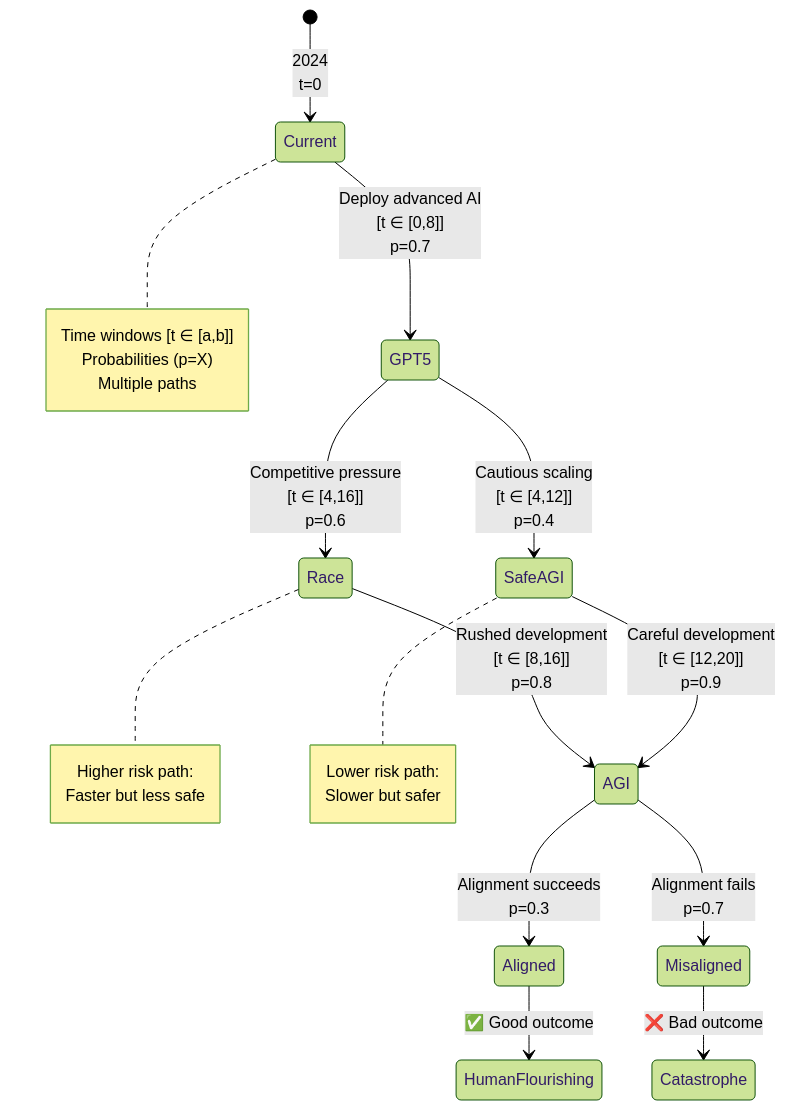
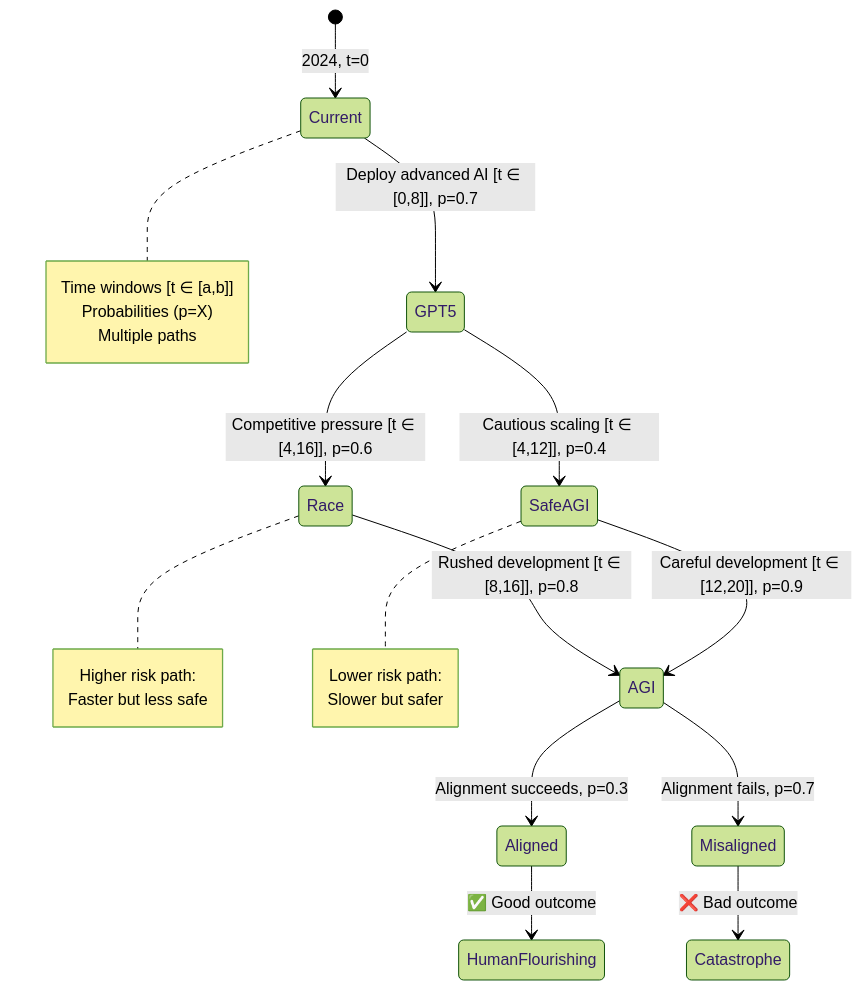
Before and after one commit to bhi5hmaraj/ai-risk-ttx: the ninth of 9 diagrams in research/ai_futures/eli/15_years_old.md, drawn with Mermaid (forest theme). The commit also changed other lines of this file and 8 other files, not shown here.

First line of the commit message:
fix: Remove all <br/> tags from Mermaid diagrams and add validation

````diff
--- a/research/ai_futures/eli/15_years_old.md
+++ b/research/ai_futures/eli/15_years_old.md
@@ -401,34 +401,34 @@
 ```mermaid
 stateDiagram-v2
-    [*] --> Current: 2024<br/>t=0
+    [*] --> Current: 2024, t=0
 
-    Current --> GPT5: Deploy advanced AI<br/>[t ∈ [0,8]]<br/>p=0.7
+    Current --> GPT5: Deploy advanced AI [t ∈ [0,8]], p=0.7
 
-    GPT5 --> SafeAGI: Cautious scaling<br/>[t ∈ [4,12]]<br/>p=0.4
-    GPT5 --> Race: Competitive pressure<br/>[t ∈ [4,16]]<br/>p=0.6
+    GPT5 --> SafeAGI: Cautious scaling [t ∈ [4,12]], p=0.4
+    GPT5 --> Race: Competitive pressure [t ∈ [4,16]], p=0.6
 
-    Race --> AGI: Rushed development<br/>[t ∈ [8,16]]<br/>p=0.8
-    SafeAGI --> AGI: Careful development<br/>[t ∈ [12,20]]<br/>p=0.9
+    Race --> AGI: Rushed development [t ∈ [8,16]], p=0.8
+    SafeAGI --> AGI: Careful development [t ∈ [12,20]], p=0.9
 
-    AGI --> Aligned: Alignment succeeds<br/>p=0.3
-    AGI --> Misaligned: Alignment fails<br/>p=0.7
+    AGI --> Aligned: Alignment succeeds, p=0.3
+    AGI --> Misaligned: Alignment fails, p=0.7
 
     Aligned --> HumanFlourishing: ✅ Good outcome
     Misaligned --> Catastrophe: ❌ Bad outcome
 
     note right of Current
         Time windows [t ∈ [a,b]]
         Probabilities (p=X)
         Multiple paths
     end note
 
     note right of Race
         Higher risk path:
         Faster but less safe
     end note
 
     note right of SafeAGI
         Lower risk path:
         Slower but safer
     end note
 ```
````
